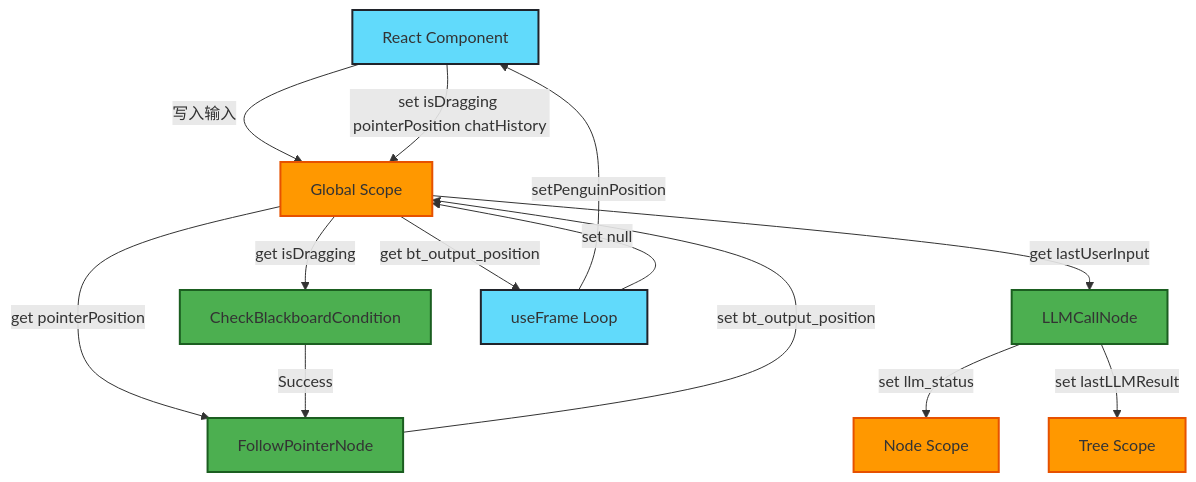
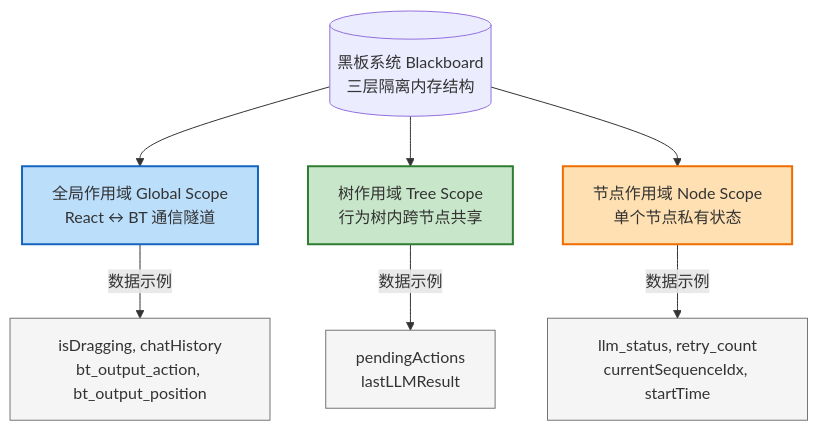
Before and after one commit to tutan123/q_llm_pet: the second of 7 diagrams in docs/黑板系统价格和举例.md, drawn with Mermaid. The commit also changed other lines of this file and 7 other files, not shown here.

````diff
--- a/docs/黑板系统价格和举例.md
+++ b/docs/黑板系统价格和举例.md
@@ -1,27 +31,20 @@
 ```mermaid
-graph TD
-    A[React Component] -->|写入输入| B[Global Scope]
-    A -->|set isDragging pointerPosition chatHistory| B
+flowchart TD
+    A[("黑板系统 Blackboard<br/>三层隔离内存结构")] --> Global["全局作用域 Global Scope<br/>React ↔ BT 通信隧道"]
+    A --> Tree["树作用域 Tree Scope<br/>行为树内跨节点共享"]
+    A --> Node["节点作用域 Node Scope<br/>单个节点私有状态"]
+    
+    Global -->|数据示例| E["isDragging, chatHistory<br/>bt_output_action, bt_output_position"]
+    Tree -->|数据示例| F["pendingActions<br/>lastLLMResult"]
+    Node -->|数据示例| G["llm_status, retry_count<br/>currentSequenceIdx, startTime"]
+    
+    classDef globalStyle fill:#bbdefb,stroke:#1565c0,stroke-width:2px
+    classDef treeStyle fill:#c8e6c9,stroke:#2e7d32,stroke-width:2px
+    classDef nodeStyle fill:#ffe0b2,stroke:#ef6c00,stroke-width:2px
+    classDef dataStyle fill:#f5f5f5,stroke:#757575,stroke-width:1px
 
-    B -->|get isDragging| C1[CheckBlackboardCondition]
-    B -->|get pointerPosition| C2[FollowPointerNode]
-    B -->|get lastUserInput| C3[LLMCallNode]
-
-    C1 -->|Success| C2
-    C2 -->|set bt_output_position| B
-    
-    C3 -->|set llm_status| D[Node Scope]
-    C3 -->|set lastLLMResult| E[Tree Scope]
-
-    B -->|get bt_output_position| F[useFrame Loop]
-    F -->|setPenguinPosition| A
-    F -->|set null| B
-
-    classDef reactClass fill:#61dafb,stroke:#20232a,stroke-width:2px
-    classDef blackboardClass fill:#ff9800,stroke:#e65100,stroke-width:2px
-    classDef btNodeClass fill:#4caf50,stroke:#1b5e20,stroke-width:2px
-
-    class A,F reactClass
-    class B,D,E blackboardClass
-    class C1,C2,C3 btNodeClass
+    class Global globalStyle
+    class Tree treeStyle
+    class Node nodeStyle
+    class E,F,G dataStyle
 ```
````
